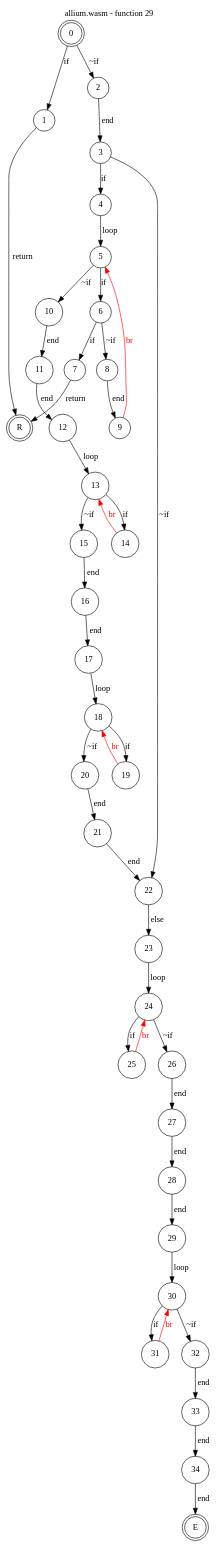
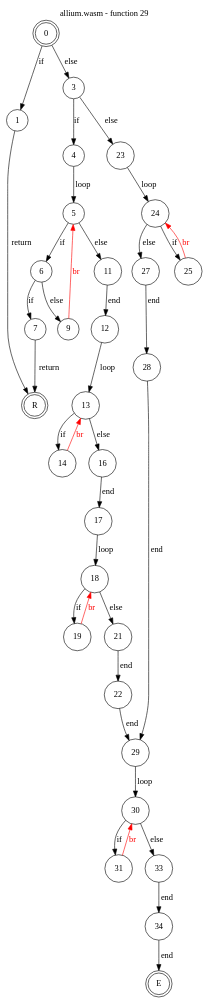
The diagram in test_cases/allium/funcs/allium-func29.dot (jsCarleton/wanalyze), drawn with Graphviz before and after one commit. The commit also changed 198 other files, not shown here.

```diff
--- a/test_cases/allium/funcs/allium-func29.dot
+++ b/test_cases/allium/funcs/allium-func29.dot
@@ -1,52 +1,45 @@
 digraph finite_state_machine {
     label = "allium.wasm - function 29"
     labelloc =  t
     labelfontsize = 16
     labelfontcolor = black
     labelfontname = "Helvetica"
     node [shape = doublecircle]; 0 E R ;
     node [shape = circle];
     0 -> 1[label="if"];
-    0 -> 2[label="~if"];
+    0 -> 3[label="else"];
     1 -> R[label="return"];
-    2 -> 3[label="end"];
     3 -> 4[label="if"];
-    3 -> 22[label="~if"];
+    3 -> 23[label="else"];
     4 -> 5[label="loop"];
     5 -> 6[label="if"];
-    5 -> 10[label="~if"];
+    5 -> 11[label="else"];
     6 -> 7[label="if"];
-    6 -> 8[label="~if"];
+    6 -> 9[label="else"];
     7 -> R[label="return"];
-    8 -> 9[label="end"];
     9 -> 5[color="red" fontcolor="red" label="br"];
-    10 -> 11[label="end"];
     11 -> 12[label="end"];
     12 -> 13[label="loop"];
     13 -> 14[label="if"];
-    13 -> 15[label="~if"];
+    13 -> 16[label="else"];
     14 -> 13[color="red" fontcolor="red" label="br"];
-    15 -> 16[label="end"];
     16 -> 17[label="end"];
     17 -> 18[label="loop"];
     18 -> 19[label="if"];
-    18 -> 20[label="~if"];
+    18 -> 21[label="else"];
     19 -> 18[color="red" fontcolor="red" label="br"];
-    20 -> 21[label="end"];
     21 -> 22[label="end"];
-    22 -> 23[label="else"];
+    22 -> 29[label="end"];
     23 -> 24[label="loop"];
     24 -> 25[label="if"];
-    24 -> 26[label="~if"];
+    24 -> 27[label="else"];
     25 -> 24[color="red" fontcolor="red" label="br"];
-    26 -> 27[label="end"];
     27 -> 28[label="end"];
     28 -> 29[label="end"];
     29 -> 30[label="loop"];
     30 -> 31[label="if"];
-    30 -> 32[label="~if"];
+    30 -> 33[label="else"];
     31 -> 30[color="red" fontcolor="red" label="br"];
-    32 -> 33[label="end"];
     33 -> 34[label="end"];
     34 -> E[label="end"];
 }
```
